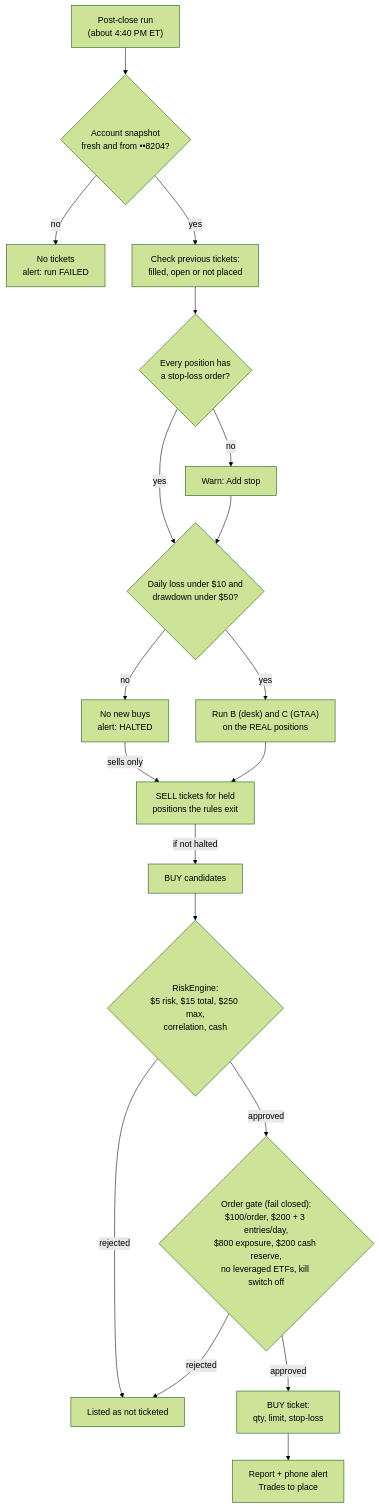
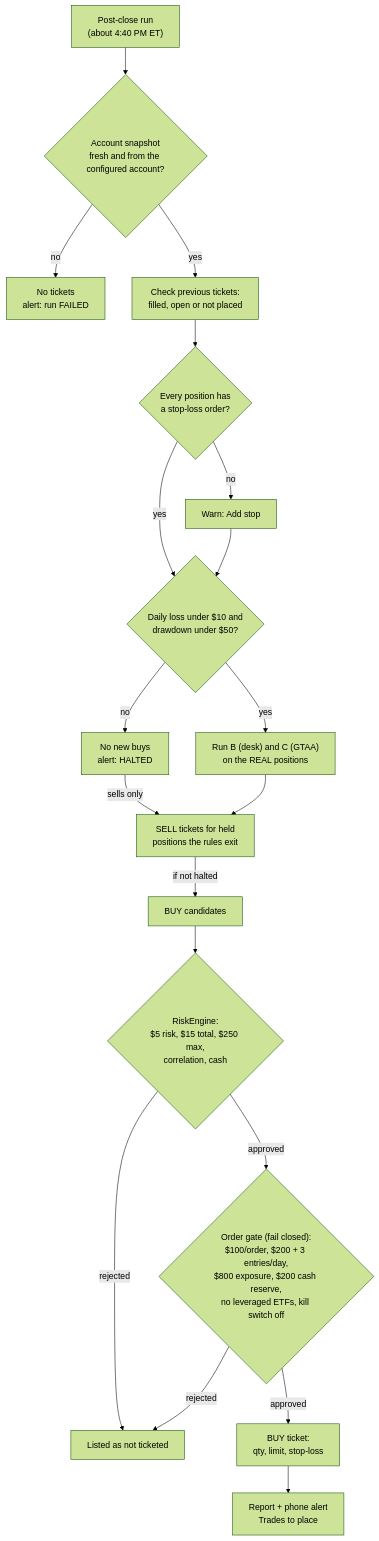
Before and after one commit to vsakati6691/agent-code: the second of 3 diagrams in docs/ARCHITECTURE.md, drawn with Mermaid (forest theme). The commit also changed other lines of this file and 14 other files, not shown here.

````diff
--- a/docs/ARCHITECTURE.md
+++ b/docs/ARCHITECTURE.md
@@ -49,21 +49,21 @@
 ```mermaid
 flowchart TD
-    START["Post-close run<br/>(about 4:40 PM ET)"] --> SNAP{"Account snapshot<br/>fresh and from ••8204?"}
+    START["Post-close run<br/>(about 4:40 PM ET)"] --> SNAP{"Account snapshot<br/>fresh and from the configured account?"}
     SNAP -- no --> FAIL["No tickets<br/>alert: run FAILED"]
     SNAP -- yes --> RECON["Check previous tickets:<br/>filled, open or not placed"]
     RECON --> STOPS{"Every position has<br/>a stop-loss order?"}
     STOPS -- no --> WARN["Warn: Add stop"]
     STOPS -- yes --> LIMITS
     WARN --> LIMITS{"Daily loss under $10 and<br/>drawdown under $50?"}
     LIMITS -- no --> HALT["No new buys<br/>alert: HALTED"]
     LIMITS -- yes --> SIGNALS["Run B (desk) and C (GTAA)<br/>on the REAL positions"]
     HALT -- sells only --> SELLS
     SIGNALS --> SELLS["SELL tickets for held<br/>positions the rules exit"]
     SELLS -- if not halted --> BUYS["BUY candidates"]
     BUYS --> SIZE{"RiskEngine:<br/>$5 risk, $15 total, $250 max,<br/>correlation, cash"}
     SIZE -- rejected --> SKIP["Listed as not ticketed"]
     SIZE -- approved --> GATE{"Order gate (fail closed):<br/>$100/order, $200 + 3 entries/day,<br/>$800 exposure, $200 cash reserve,<br/>no leveraged ETFs, kill switch off"}
     GATE -- rejected --> SKIP
     GATE -- approved --> TICKET["BUY ticket:<br/>qty, limit, stop-loss"]
     TICKET --> OUT["Report + phone alert<br/>Trades to place"]
 ```
````
